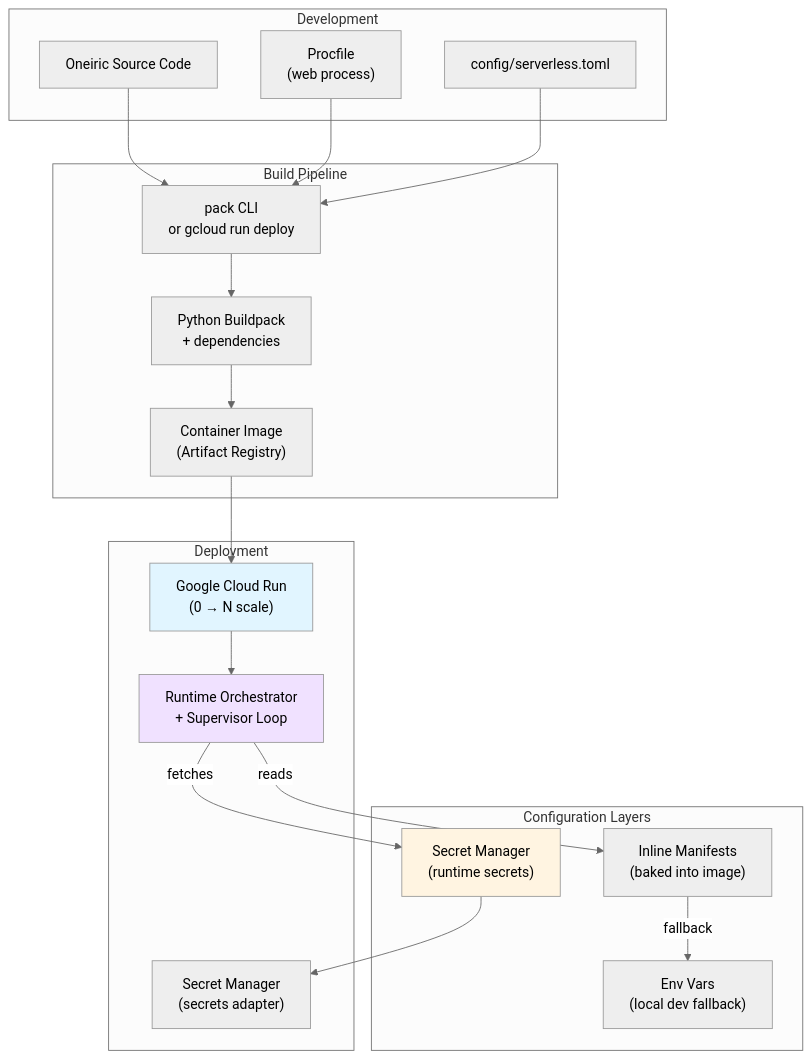
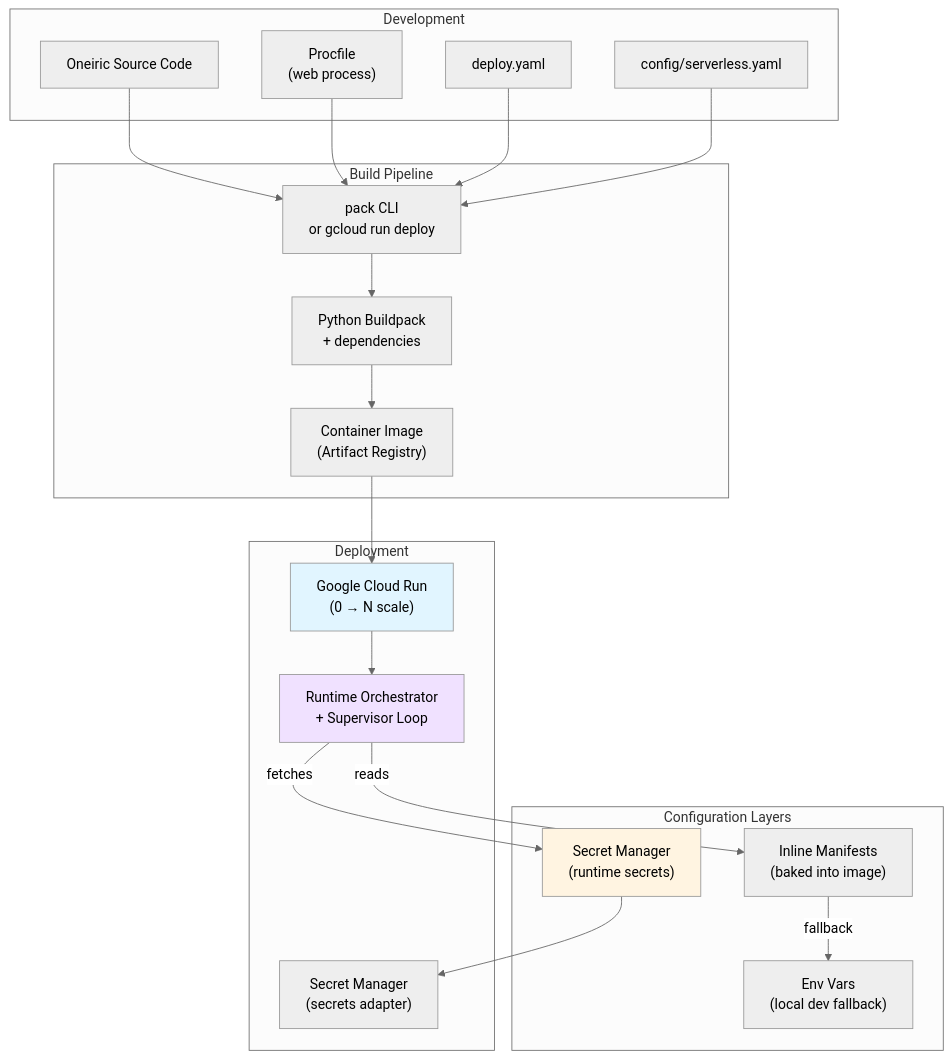
Before and after one commit to lesleslie/oneiric: the first of 2 diagrams in docs/deployment/CLOUD_RUN_BUILD.md, drawn with Mermaid (neutral theme). The commit also changed other lines of this file and 22 other files, not shown here.

````diff
--- a/docs/deployment/CLOUD_RUN_BUILD.md
+++ b/docs/deployment/CLOUD_RUN_BUILD.md
@@ -12,45 +12,47 @@
 ```mermaid
 graph TB
     subgraph "Development"
         Code["Oneiric Source Code"]
         Procfile["Procfile<br/>(web process)"]
-        Config["config/serverless.toml"]
+        Deploy["deploy.yaml"]
+        Config["config/serverless.yaml"]
     end
 
     subgraph "Build Pipeline"
         Pack["pack CLI<br/>or gcloud run deploy"]
         Buildpack["Python Buildpack<br/>+ dependencies"]
         Image["Container Image<br/>(Artifact Registry)"]
     end
 
     subgraph "Deployment"
         CloudRun["Google Cloud Run<br/>(0 → N scale)"]
         Supervisor["Runtime Orchestrator<br/>+ Supervisor Loop"]
         SecretMgr["Secret Manager<br/>(secrets adapter)"]
     end
 
     subgraph "Configuration Layers"
         Inline["Inline Manifests<br/>(baked into image)"]
         Secrets["Secret Manager<br/>(runtime secrets)"]
         Env["Env Vars<br/>(local dev fallback)"]
     end
 
     Code --> Pack
     Procfile --> Pack
+    Deploy --> Pack
     Config --> Pack
 
     Pack --> Buildpack
     Buildpack --> Image
     Image --> CloudRun
 
     CloudRun --> Supervisor
     Supervisor -->|"reads"| Inline
     Supervisor -->|"fetches"| Secrets
     Inline -->|"fallback"| Env
 
     Secrets --> SecretMgr
 
     style CloudRun fill:#e1f5ff
     style Secrets fill:#fff4e1
     style Supervisor fill:#f0e1ff
 ```
````
